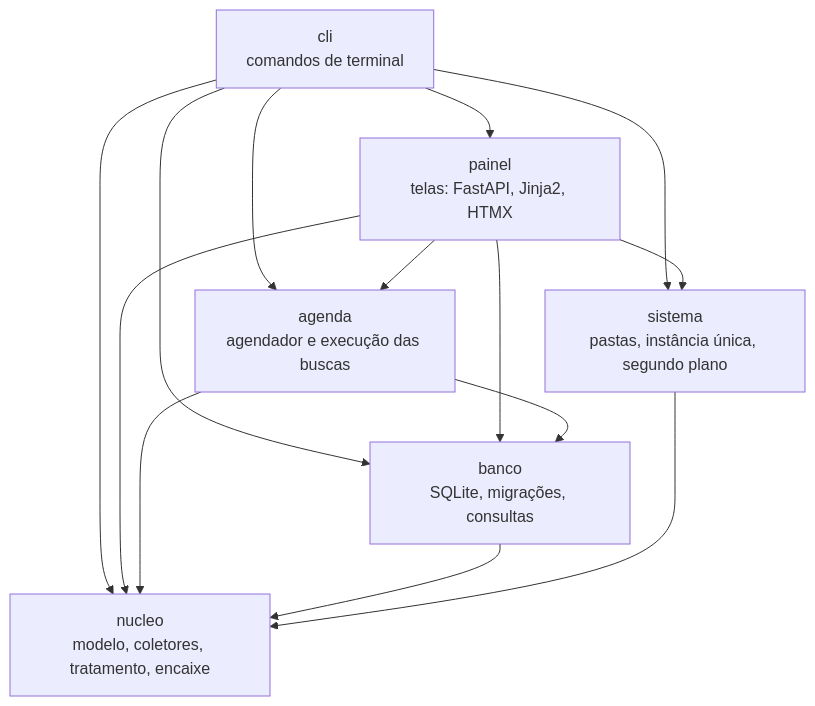
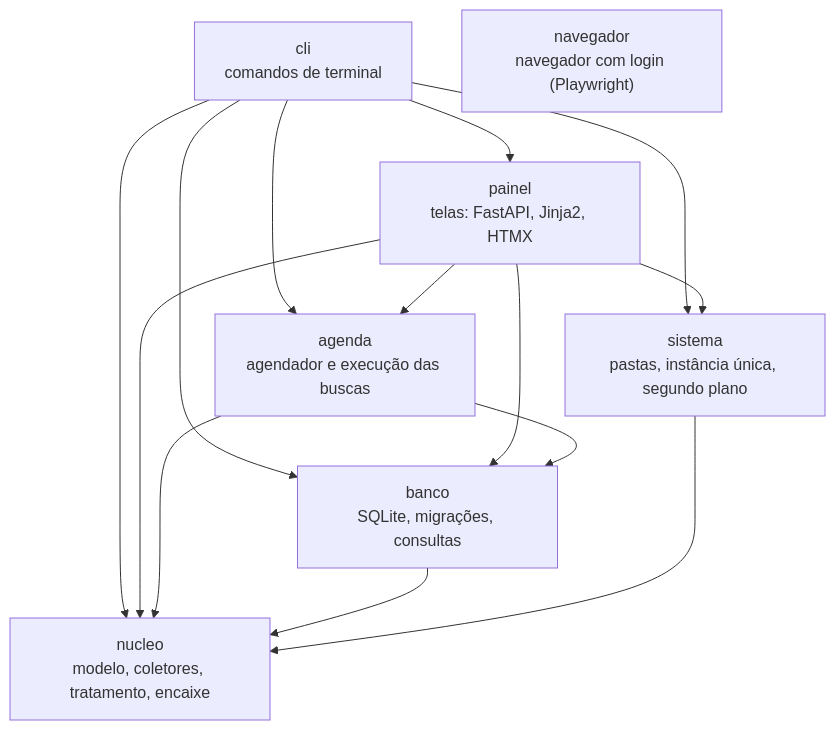
One commit to fezarosa-dev/joBot changed the first of 5 diagrams in wiki/Arquitetura.md. Above: the diagram before and after it, drawn with Mermaid. The commit also changed 5 other files, not shown here.

First line of the commit message:
build(navegador): playwright vira dependência de execução

````diff
--- a/wiki/Arquitetura.md
+++ b/wiki/Arquitetura.md
@@ -43,23 +43,24 @@
 ```mermaid
 flowchart TD
     %% camadas
     cli["cli<br/>comandos de terminal"]
     painel["painel<br/>telas: FastAPI, Jinja2, HTMX"]
     agenda["agenda<br/>agendador e execução das buscas"]
     sistema["sistema<br/>pastas, instância única, segundo plano"]
     banco["banco<br/>SQLite, migrações, consultas"]
+    navegador["navegador<br/>navegador com login (Playwright)"]
     nucleo["nucleo<br/>modelo, coletores, tratamento, encaixe"]
     cli --> painel
     cli --> agenda
     cli --> sistema
     cli --> banco
     cli --> nucleo
     painel --> agenda
     painel --> sistema
     painel --> banco
     painel --> nucleo
     agenda --> banco
     agenda --> nucleo
     banco --> nucleo
     sistema --> nucleo
 ```
````
